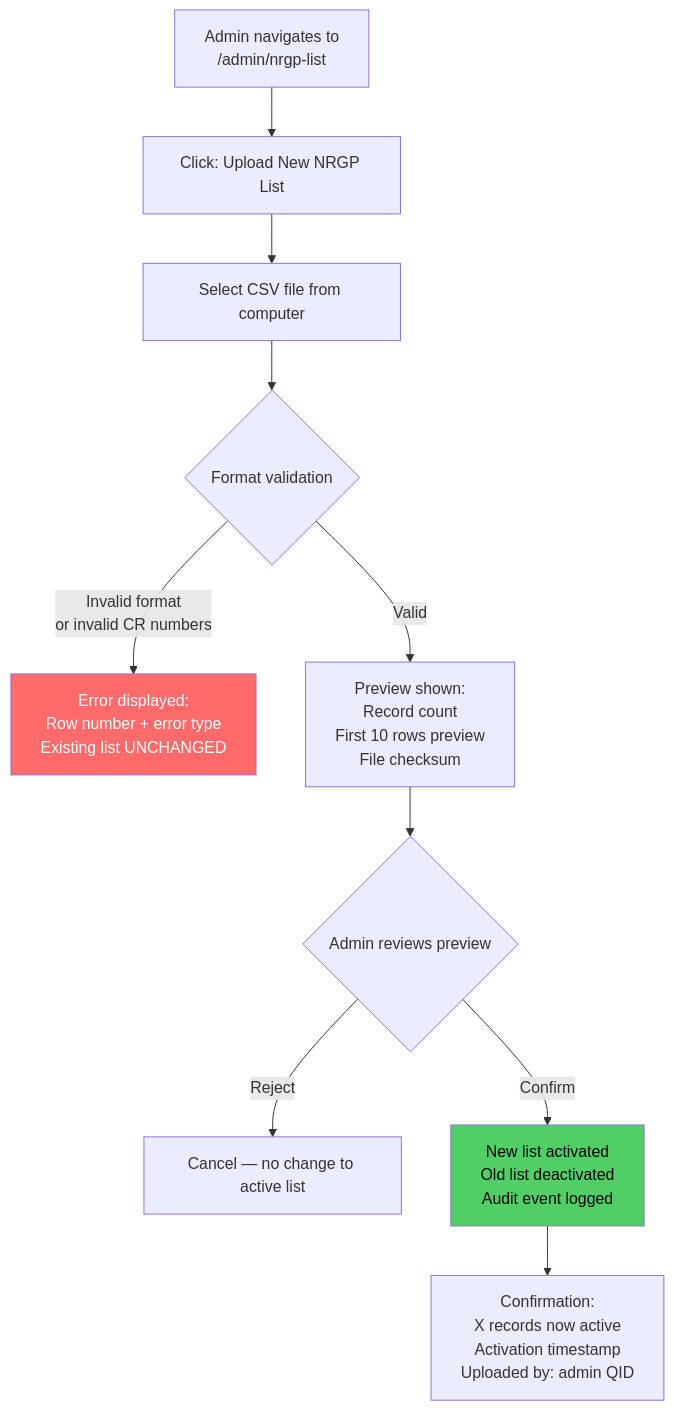
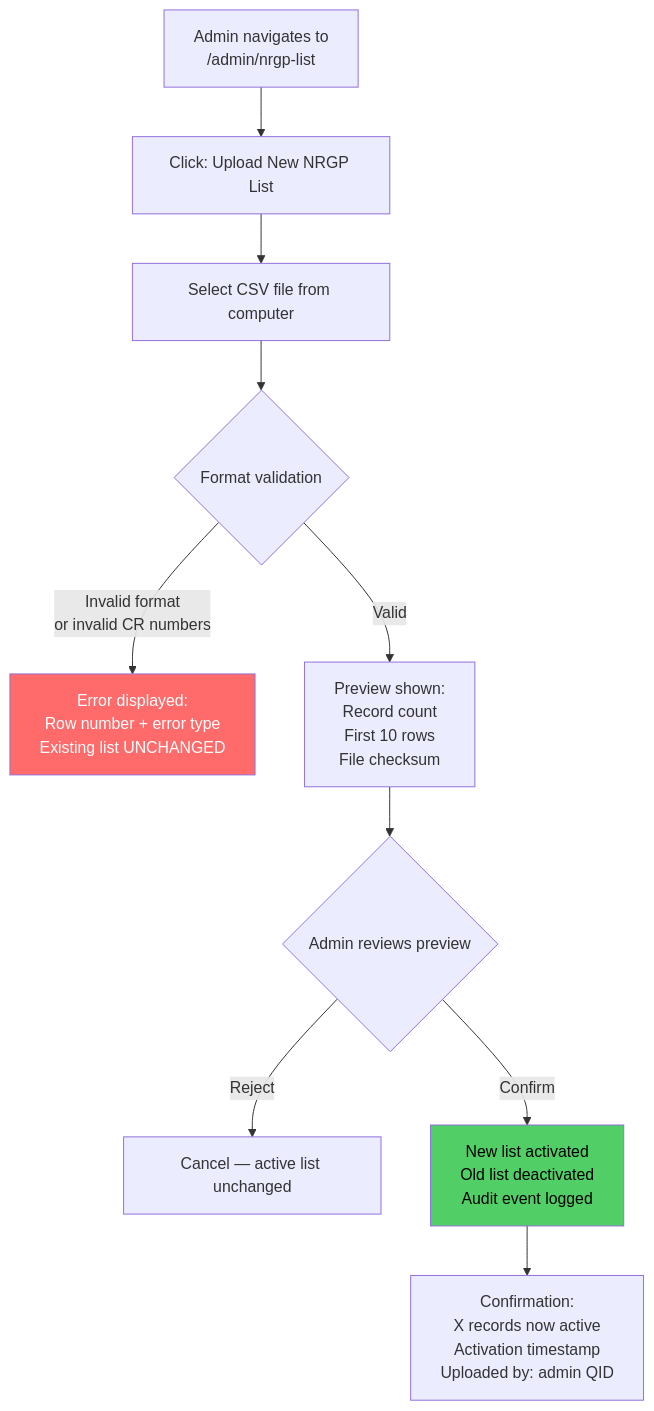
The seventh of 10 diagrams in products/qdb-sme-relief/docs/ADMIN-GUIDE.md (Tamoura/Claude-Code-creates-the-SW-company), drawn with Mermaid before and after one commit. The commit also changed other lines of this file and 4 other files, not shown here.

First line of the commit message:
fix(qdb-sme-relief): fix literal \n in Mermaid diagrams across all new docs

````diff
--- a/products/qdb-sme-relief/docs/ADMIN-GUIDE.md
+++ b/products/qdb-sme-relief/docs/ADMIN-GUIDE.md
@@ -124,15 +537,15 @@
 ```mermaid
 flowchart TD
-    A["Admin navigates to\n/admin/nrgp-list"] --> B["Click: Upload New NRGP List"]
+    A["Admin navigates to<br/>/admin/nrgp-list"] --> B["Click: Upload New NRGP List"]
     B --> C["Select CSV file from computer"]
-    C --> D{Format validation}
-    D -->|Invalid format\nor invalid CR numbers| E["Error displayed:\nRow number + error type\nExisting list UNCHANGED"]
-    D -->|Valid| F["Preview shown:\nRecord count\nFirst 10 rows preview\nFile checksum"]
-    F --> G{Admin reviews preview}
-    G -->|Reject| H["Cancel — no change to active list"]
-    G -->|Confirm| I["New list activated\nOld list deactivated\nAudit event logged"]
-    I --> J["Confirmation:\nX records now active\nActivation timestamp\nUploaded by: admin QID"]
+    C --> D{"Format validation"}
+    D -->|"Invalid format<br/>or invalid CR numbers"| E["Error displayed:<br/>Row number + error type<br/>Existing list UNCHANGED"]
+    D -->|"Valid"| F["Preview shown:<br/>Record count<br/>First 10 rows<br/>File checksum"]
+    F --> G{"Admin reviews preview"}
+    G -->|"Reject"| H["Cancel — active list unchanged"]
+    G -->|"Confirm"| I["New list activated<br/>Old list deactivated<br/>Audit event logged"]
+    I --> J["Confirmation:<br/>X records now active<br/>Activation timestamp<br/>Uploaded by: admin QID"]
 
     style E fill:#ff6b6b,color:#fff
     style I fill:#51cf66,color:#000
 ```
````
